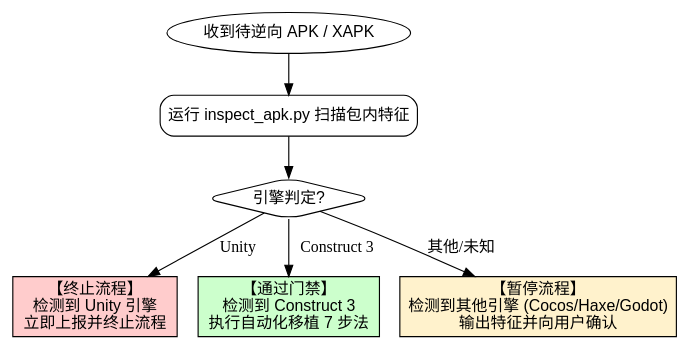
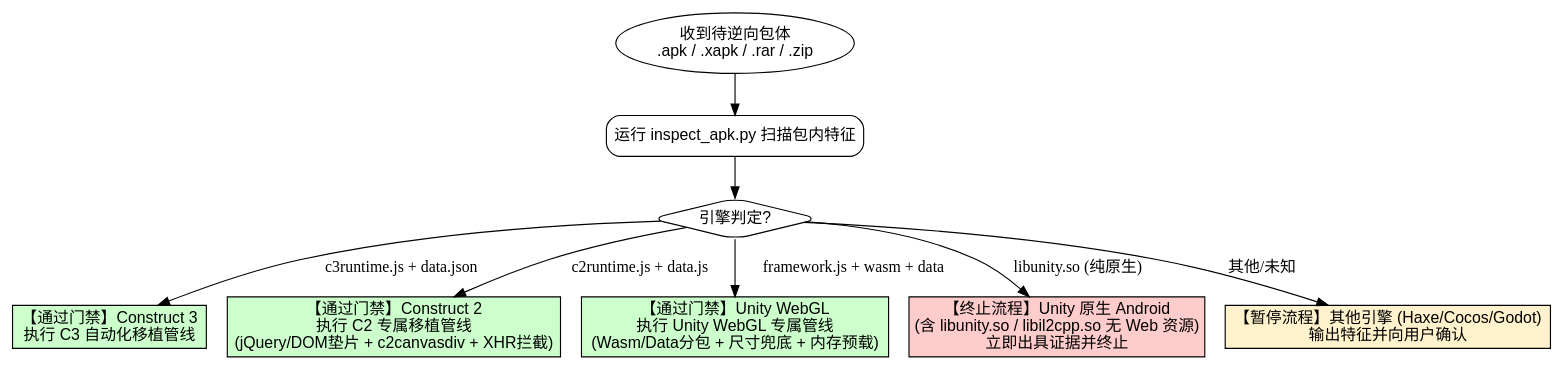
The diagram in .agents/skills/apk-re-to-minigame/SKILL.md (Siran1994/REBench), drawn with Graphviz before and after one commit. The commit also changed other lines of this file and 752 other files, not shown here.

````diff
--- a/.agents/skills/apk-re-to-minigame/SKILL.md
+++ b/.agents/skills/apk-re-to-minigame/SKILL.md
@@ -16,19 +28,23 @@
 ```dot
 digraph engine_decision_flow {
     node [shape=box, style=rounded, fontname="Arial"];
     
-    Start [label="收到待逆向 APK / XAPK", shape=ellipse];
+    Start [label="收到待逆向包体\n.apk / .xapk / .rar / .zip", shape=ellipse];
     Inspect [label="运行 inspect_apk.py 扫描包内特征"];
     EngineCheck [label="引擎判定?", shape=diamond];
     
-    UnityAbort [label="【终止流程】\n检测到 Unity 引擎\n立即上报并终止流程", style="filled", fillcolor="#ffcccc"];
-    C3Port [label="【通过门禁】\n检测到 Construct 3\n执行自动化移植 7 步法", style="filled", fillcolor="#ccffcc"];
-    OtherPause [label="【暂停流程】\n检测到其他引擎 (Cocos/Haxe/Godot)\n输出特征并向用户确认", style="filled", fillcolor="#fff2cc"];
+    C3Port [label="【通过门禁】Construct 3\n执行 C3 自动化移植管线", style="filled", fillcolor="#ccffcc"];
+    C2Port [label="【通过门禁】Construct 2\n执行 C2 专属移植管线\n(jQuery/DOM垫片 + c2canvasdiv + XHR拦截)", style="filled", fillcolor="#ccffcc"];
+    UnityWebGLPort [label="【通过门禁】Unity WebGL\n执行 Unity WebGL 专属管线\n(Wasm/Data分包 + 尺寸兜底 + 内存预载)", style="filled", fillcolor="#ccffcc"];
+    UnityNativeAbort [label="【终止流程】Unity 原生 Android\n(含 libunity.so / libil2cpp.so 无 Web 资源)\n立即出具证据并终止", style="filled", fillcolor="#ffcccc"];
+    OtherPause [label="【暂停流程】其他引擎 (Haxe/Cocos/Godot)\n输出特征并向用户确认", style="filled", fillcolor="#fff2cc"];
     
     Start -> Inspect;
     Inspect -> EngineCheck;
-    EngineCheck -> UnityAbort [label="Unity"];
-    EngineCheck -> C3Port [label="Construct 3"];
+    EngineCheck -> C3Port [label="c3runtime.js + data.json"];
+    EngineCheck -> C2Port [label="c2runtime.js + data.js"];
+    EngineCheck -> UnityWebGLPort [label="framework.js + wasm + data"];
+    EngineCheck -> UnityNativeAbort [label="libunity.so (纯原生)"];
     EngineCheck -> OtherPause [label="其他/未知"];
 }
 ```
````
